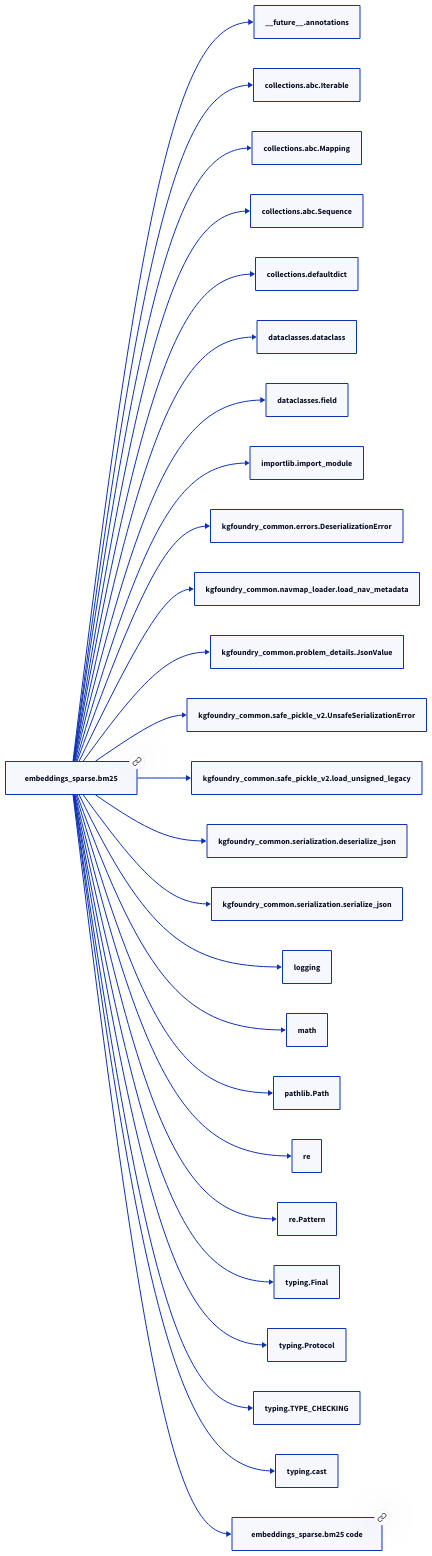
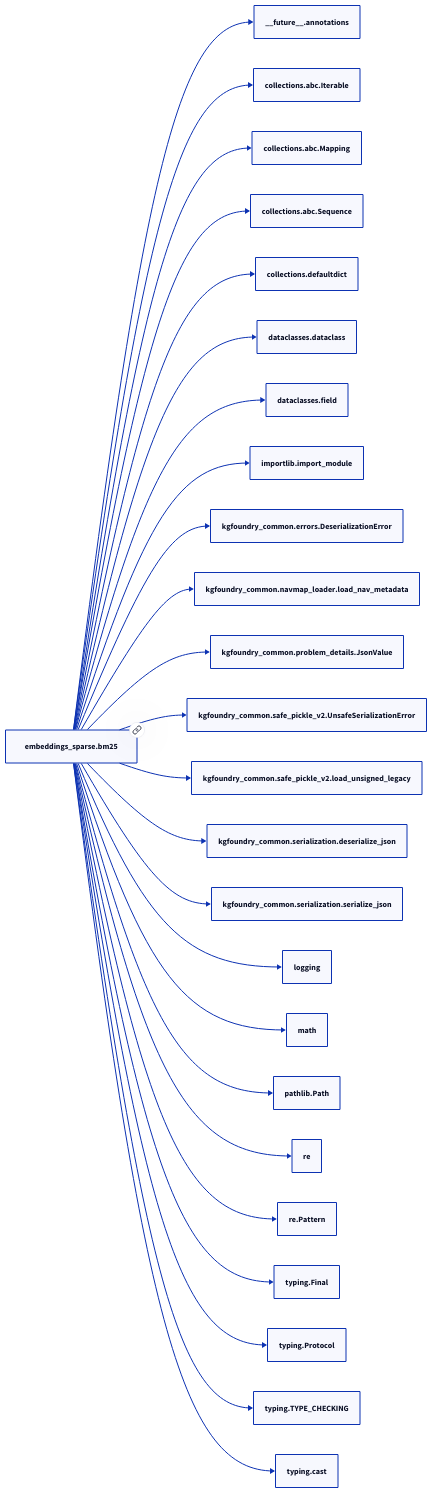
Before and after one commit to paul-heyse/kgforge: the second of 2 diagrams in docs/modules/embeddings_sparse/bm25.md, drawn with D2. The commit also changed other lines of this file and 118 other files, not shown here.

````diff
--- a/docs/modules/embeddings_sparse/bm25.md
+++ b/docs/modules/embeddings_sparse/bm25.md
@@ -118,54 +116,52 @@
 ```d2
 direction: right
-"embeddings_sparse.bm25": "embeddings_sparse.bm25" { link: "./embeddings_sparse/bm25.md" }
+"embeddings_sparse.bm25": "embeddings_sparse.bm25" { link: "bm25.md" }
 "__future__.annotations": "__future__.annotations"
 "embeddings_sparse.bm25" -> "__future__.annotations"
 "collections.abc.Iterable": "collections.abc.Iterable"
 "embeddings_sparse.bm25" -> "collections.abc.Iterable"
 "collections.abc.Mapping": "collections.abc.Mapping"
 "embeddings_sparse.bm25" -> "collections.abc.Mapping"
 "collections.abc.Sequence": "collections.abc.Sequence"
 "embeddings_sparse.bm25" -> "collections.abc.Sequence"
 "collections.defaultdict": "collections.defaultdict"
 "embeddings_sparse.bm25" -> "collections.defaultdict"
 "dataclasses.dataclass": "dataclasses.dataclass"
 "embeddings_sparse.bm25" -> "dataclasses.dataclass"
 "dataclasses.field": "dataclasses.field"
 "embeddings_sparse.bm25" -> "dataclasses.field"
 "importlib.import_module": "importlib.import_module"
 "embeddings_sparse.bm25" -> "importlib.import_module"
 "kgfoundry_common.errors.DeserializationError": "kgfoundry_common.errors.DeserializationError"
 "embeddings_sparse.bm25" -> "kgfoundry_common.errors.DeserializationError"
 "kgfoundry_common.navmap_loader.load_nav_metadata": "kgfoundry_common.navmap_loader.load_nav_metadata"
 "embeddings_sparse.bm25" -> "kgfoundry_common.navmap_loader.load_nav_metadata"
 "kgfoundry_common.problem_details.JsonValue": "kgfoundry_common.problem_details.JsonValue"
 "embeddings_sparse.bm25" -> "kgfoundry_common.problem_details.JsonValue"
 "kgfoundry_common.safe_pickle_v2.UnsafeSerializationError": "kgfoundry_common.safe_pickle_v2.UnsafeSerializationError"
 "embeddings_sparse.bm25" -> "kgfoundry_common.safe_pickle_v2.UnsafeSerializationError"
 "kgfoundry_common.safe_pickle_v2.load_unsigned_legacy": "kgfoundry_common.safe_pickle_v2.load_unsigned_legacy"
 "embeddings_sparse.bm25" -> "kgfoundry_common.safe_pickle_v2.load_unsigned_legacy"
 "kgfoundry_common.serialization.deserialize_json": "kgfoundry_common.serialization.deserialize_json"
 "embeddings_sparse.bm25" -> "kgfoundry_common.serialization.deserialize_json"
 "kgfoundry_common.serialization.serialize_json": "kgfoundry_common.serialization.serialize_json"
 "embeddings_sparse.bm25" -> "kgfoundry_common.serialization.serialize_json"
 "logging": "logging"
 "embeddings_sparse.bm25" -> "logging"
 "math": "math"
 "embeddings_sparse.bm25" -> "math"
 "pathlib.Path": "pathlib.Path"
 "embeddings_sparse.bm25" -> "pathlib.Path"
 "re": "re"
 "embeddings_sparse.bm25" -> "re"
 "re.Pattern": "re.Pattern"
 "embeddings_sparse.bm25" -> "re.Pattern"
 "typing.Final": "typing.Final"
 "embeddings_sparse.bm25" -> "typing.Final"
 "typing.Protocol": "typing.Protocol"
 "embeddings_sparse.bm25" -> "typing.Protocol"
 "typing.TYPE_CHECKING": "typing.TYPE_CHECKING"
 "embeddings_sparse.bm25" -> "typing.TYPE_CHECKING"
 "typing.cast": "typing.cast"
 "embeddings_sparse.bm25" -> "typing.cast"
-"embeddings_sparse.bm25_code": "embeddings_sparse.bm25 code" { link: "https://github.com/kgfoundry/kgfoundry/blob/main/src/embeddings_sparse/bm25.py" }
-"embeddings_sparse.bm25" -> "embeddings_sparse.bm25_code" { style: dashed }
 ```
````
